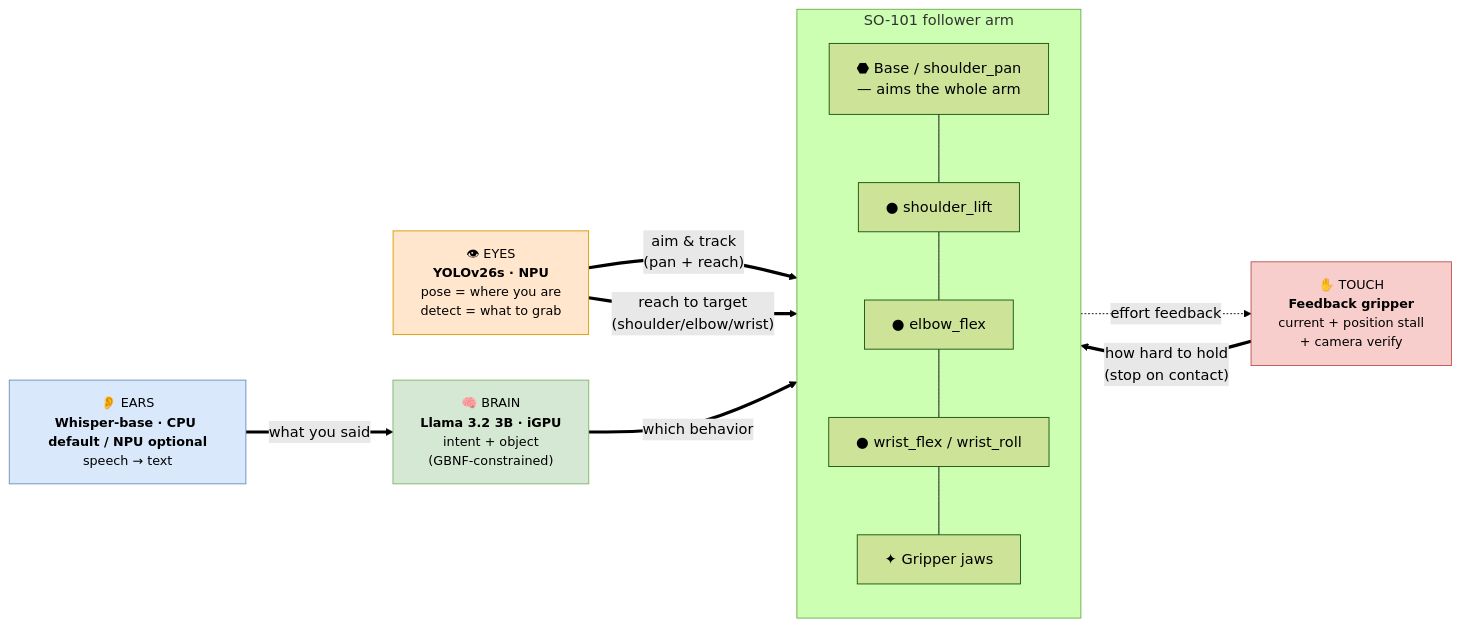
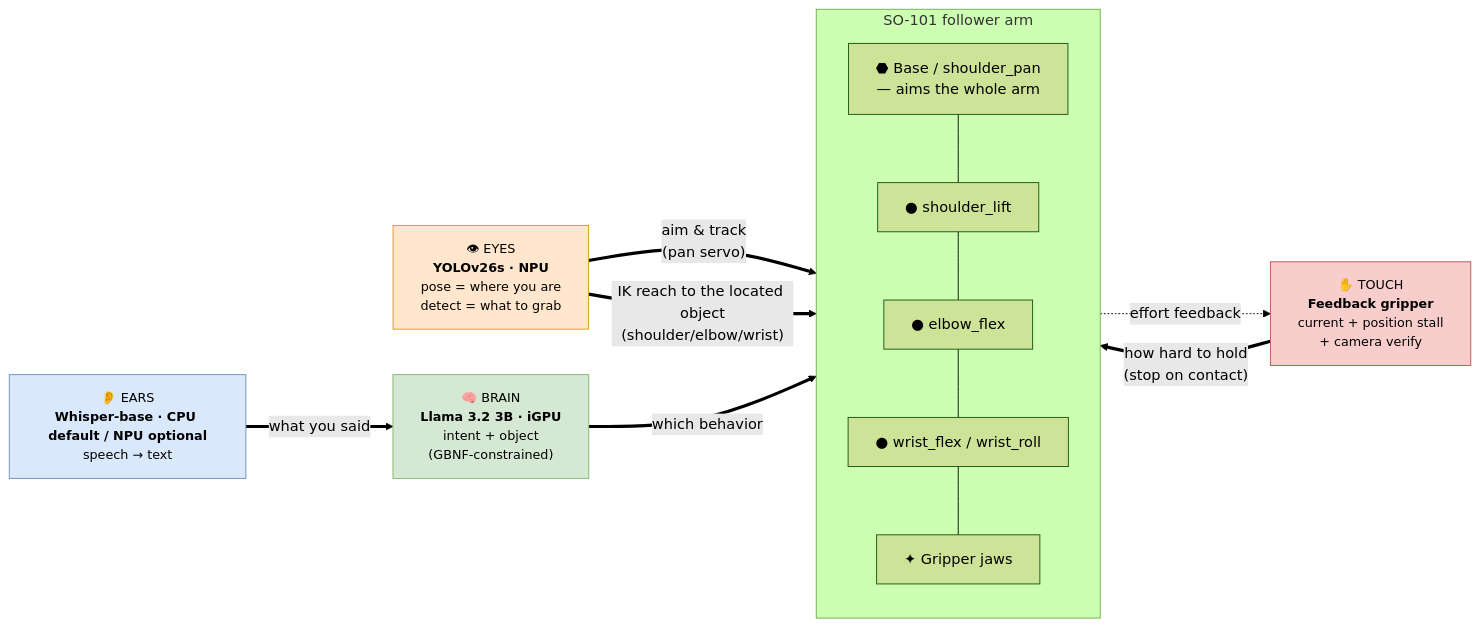
The second of 3 diagrams in workshops/vvla-pipeline/README.md (ThomasGmeinder/embedded-x86-ai), drawn with Mermaid (forest theme) before and after one commit. The commit also changed other lines of this file and 13 other files, not shown here.

Commit message:
fix: Pick up the named object with an IK reach, and report a failed grasp.

````diff
--- a/workshops/vvla-pipeline/README.md
+++ b/workshops/vvla-pipeline/README.md
@@ -90,29 +90,29 @@
 ```mermaid
 flowchart LR
     subgraph BODY["SO-101 follower arm"]
         direction TB
         BASE["⬣ Base / shoulder_pan<br/>— aims the whole arm"]
         SHOULDER["● shoulder_lift"]
         ELBOW["● elbow_flex"]
         WRIST["● wrist_flex / wrist_roll"]
         JAW["✦ Gripper jaws"]
         BASE --- SHOULDER --- ELBOW --- WRIST --- JAW
     end
 
     EARS["👂 EARS<br/><b>Whisper-base · CPU default / NPU optional</b><br/>speech → text"]:::ear
     BRAIN["🧠 BRAIN<br/><b>Llama 3.2 3B · iGPU</b><br/>intent + object<br/>(GBNF-constrained)"]:::brain
     EYES["👁 EYES<br/><b>YOLOv26s · NPU</b><br/>pose = where you are<br/>detect = what to grab"]:::eye
     TOUCH["✋ TOUCH<br/><b>Feedback gripper</b><br/>current + position stall<br/>+ camera verify"]:::touch
 
     EARS ==>|"what you said"| BRAIN
     BRAIN ==>|"which behavior"| BODY
-    EYES ==>|"aim &amp; track<br/>(pan + reach)"| BASE
-    EYES ==>|"reach to target<br/>(shoulder/elbow/wrist)"| ELBOW
+    EYES ==>|"aim &amp; track<br/>(pan servo)"| BASE
+    EYES ==>|"IK reach to the located object<br/>(shoulder/elbow/wrist)"| ELBOW
     TOUCH ==>|"how hard to hold<br/>(stop on contact)"| JAW
     JAW -.->|"effort feedback"| TOUCH
 
     classDef ear fill:#dae8fc,stroke:#6c8ebf,color:#000,font-size:14px;
     classDef brain fill:#d5e8d4,stroke:#82b366,color:#000,font-size:14px;
     classDef eye fill:#ffe6cc,stroke:#d79b00,color:#000,font-size:14px;
     classDef touch fill:#f8cecc,stroke:#b85450,color:#000,font-size:14px;
 ```
````
